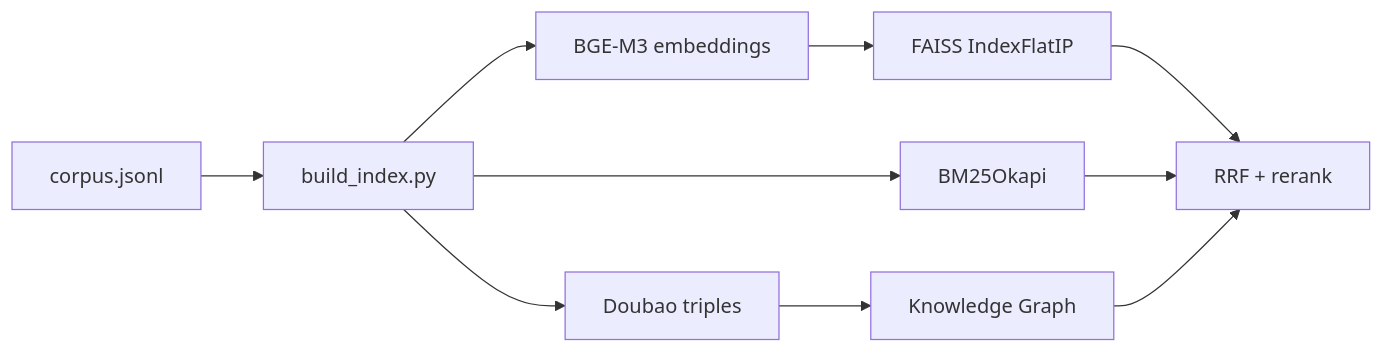
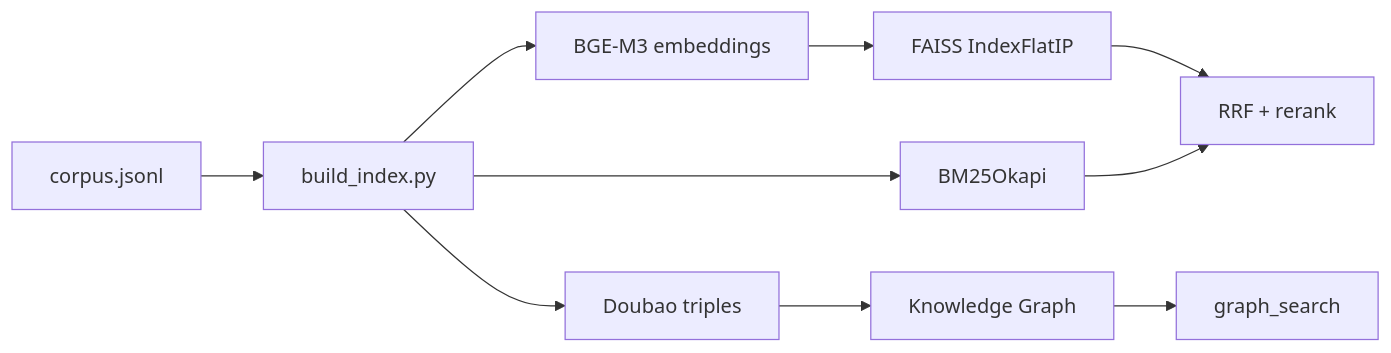
The fourth of 16 diagrams in demo/README.md (Lafinger/AgenticRAG-RL), drawn with Mermaid before and after one commit. The commit also changed other lines of this file, not shown here.

````diff
--- a/demo/README.md
+++ b/demo/README.md
@@ -209,12 +264,12 @@
 ```mermaid
 flowchart LR
     A["corpus.jsonl"] --> B["build_index.py"]
     B --> C["BGE-M3 embeddings"]
     C --> D["FAISS IndexFlatIP"]
     B --> E["BM25Okapi"]
     B --> F["Doubao triples"]
     F --> G["Knowledge Graph"]
     D --> H["RRF + rerank"]
     E --> H
-    G --> H
+    G --> I["graph_search"]
 ```
````
